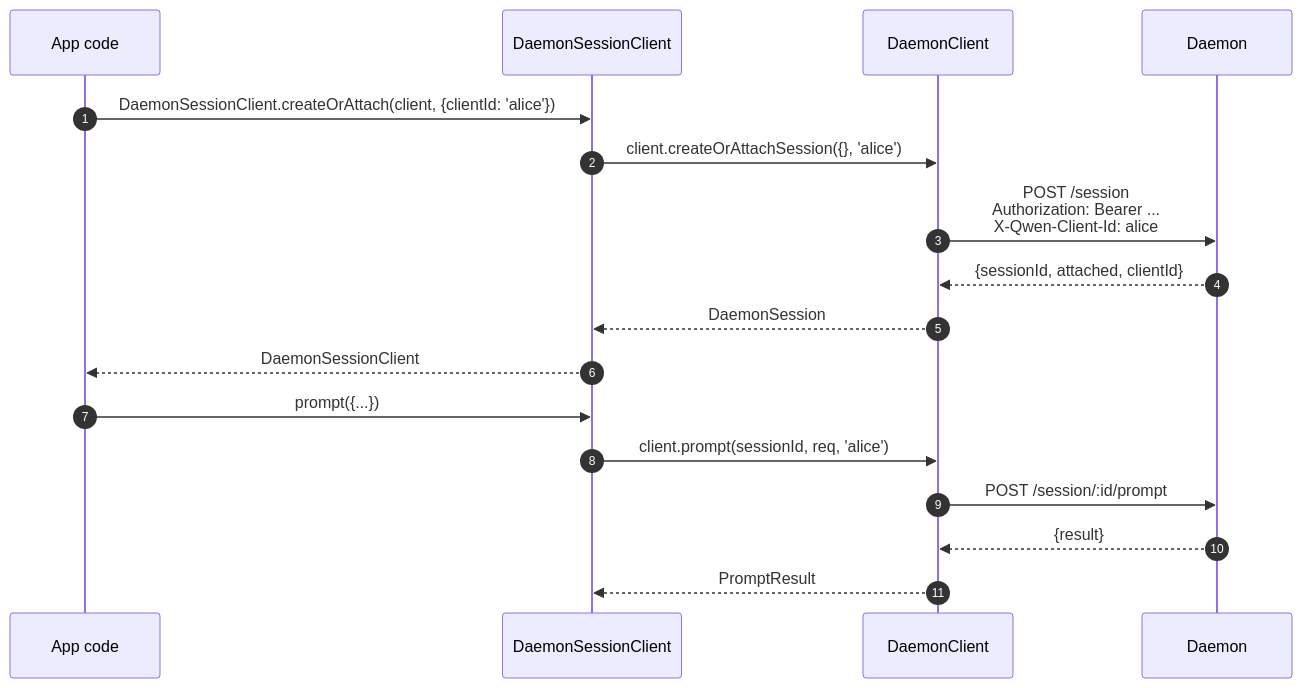
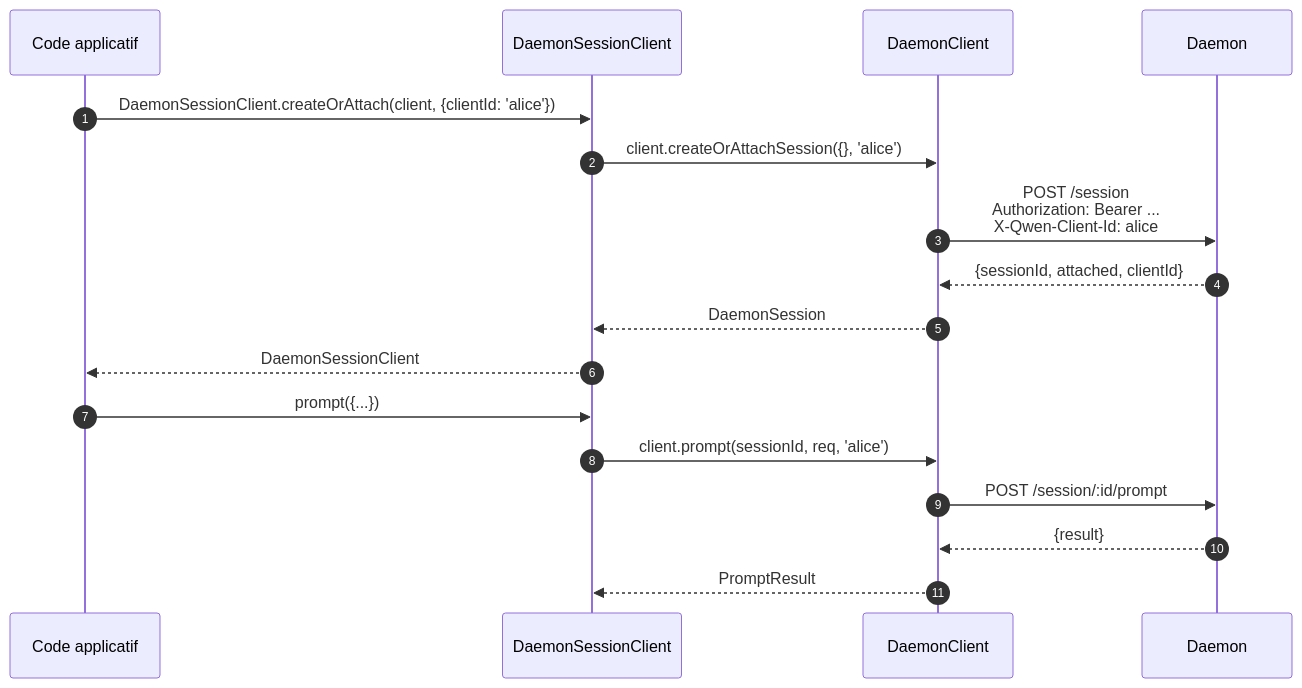
One commit to QwenLM/qwen-code-docs changed the first of 3 diagrams in website/content/fr/developers/daemon/13-sdk-daemon-client.md. Above: the diagram before and after it, drawn with Mermaid. The commit also changed other lines of this file and 1077 other files, not shown here.

````diff
--- a/website/content/fr/developers/daemon/13-sdk-daemon-client.md
+++ b/website/content/fr/developers/daemon/13-sdk-daemon-client.md
@@ -132,21 +133,21 @@
 ```mermaid
 sequenceDiagram
     autonumber
-    participant App as App code
+    participant App as Code applicatif
     participant SC as DaemonSessionClient
     participant DC as DaemonClient
     participant D as Daemon
 
     App->>SC: DaemonSessionClient.createOrAttach(client, {clientId: 'alice'})
     SC->>DC: client.createOrAttachSession({}, 'alice')
     DC->>D: POST /session<br/>Authorization: Bearer ...<br/>X-Qwen-Client-Id: alice
     D-->>DC: {sessionId, attached, clientId}
     DC-->>SC: DaemonSession
     SC-->>App: DaemonSessionClient
 
     App->>SC: prompt({...})
     SC->>DC: client.prompt(sessionId, req, 'alice')
     DC->>D: POST /session/:id/prompt
     D-->>DC: {result}
     DC-->>SC: PromptResult
 ```
````
